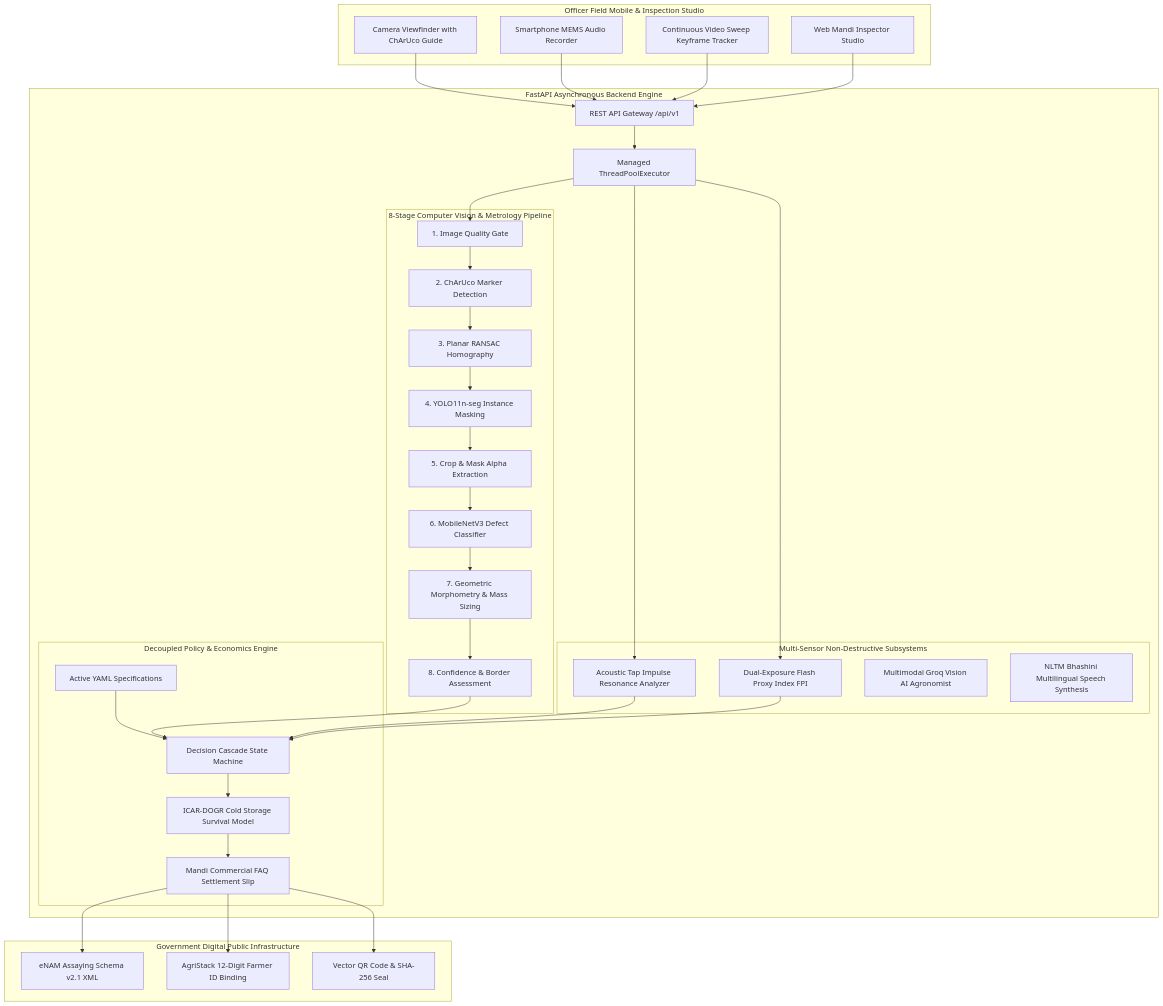
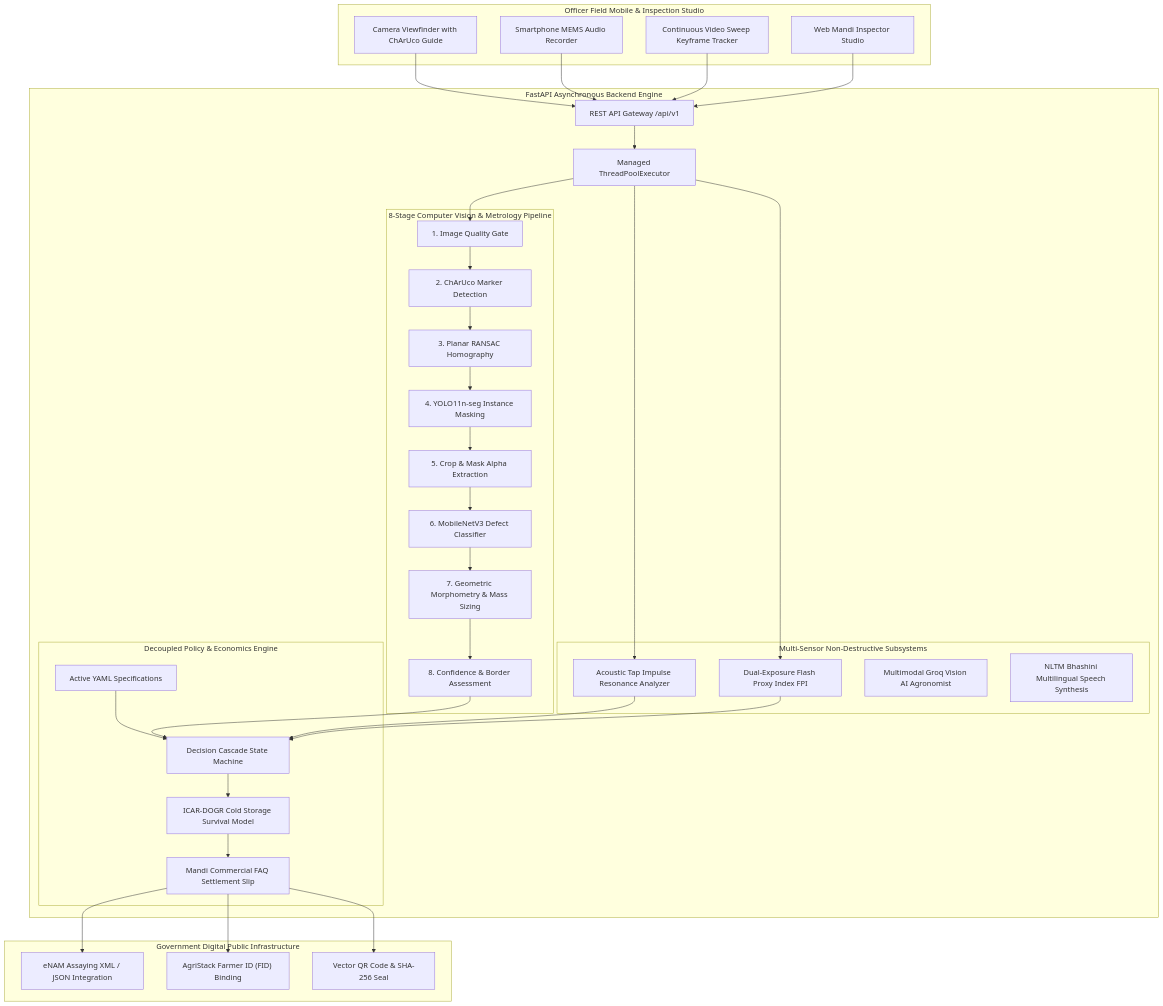
One commit to notUbaid/Cepa changed the first of 3 diagrams in README.md. Above: the diagram before and after it, drawn with Mermaid. The commit also changed other lines of this file and 17 other files, not shown here.

````diff
--- a/README.md
+++ b/README.md
@@ -200,64 +200,64 @@
 ```mermaid
 graph TB
   subgraph FieldTier ["Officer Field Mobile & Inspection Studio"]
     CAM["Camera Viewfinder with ChArUco Guide"]
     MIC["Smartphone MEMS Audio Recorder"]
     VID["Continuous Video Sweep Keyframe Tracker"]
     UI["Web Mandi Inspector Studio"]
   end
 
   subgraph EngineTier ["FastAPI Asynchronous Backend Engine"]
     API["REST API Gateway /api/v1"]
     TPE["Managed ThreadPoolExecutor"]
     
     subgraph CVPipeline ["8-Stage Computer Vision & Metrology Pipeline"]
       QG["1. Image Quality Gate"]
       MD["2. ChArUco Marker Detection"]
       PR["3. Planar RANSAC Homography"]
       IS["4. YOLO11n-seg Instance Masking"]
       CE["5. Crop & Mask Alpha Extraction"]
       DC["6. MobileNetV3 Defect Classifier"]
       ME["7. Geometric Morphometry & Mass Sizing"]
       CT["8. Confidence & Border Assessment"]
       
       QG --> MD --> PR --> IS --> CE --> DC --> ME --> CT
     end
     
     subgraph NDTTier ["Multi-Sensor Non-Destructive Subsystems"]
       AC["Acoustic Tap Impulse Resonance Analyzer"]
       FP["Dual-Exposure Flash Proxy Index FPI"]
       GQ["Multimodal Groq Vision AI Agronomist"]
       BH["NLTM Bhashini Multilingual Speech Synthesis"]
     end
 
     subgraph PolicyTier ["Decoupled Policy & Economics Engine"]
       POL["Active YAML Specifications"]
       ENG["Decision Cascade State Machine"]
       DOGR["ICAR-DOGR Cold Storage Survival Model"]
       COMM["Mandi Commercial FAQ Settlement Slip"]
       
       POL --> ENG --> DOGR --> COMM
     end
   end
 
   subgraph DPITier ["Government Digital Public Infrastructure"]
-    ENAM["eNAM Assaying Schema v2.1 XML"]
-    AGRI["AgriStack 12-Digit Farmer ID Binding"]
+    ENAM["eNAM Assaying XML / JSON Integration"]
+    AGRI["AgriStack Farmer ID (FID) Binding"]
     CERT["Vector QR Code & SHA-256 Seal"]
   end
 
   CAM --> API
   MIC --> API
   VID --> API
   UI --> API
   API --> TPE
   TPE --> QG
   TPE --> AC
   TPE --> FP
   CT --> ENG
   AC --> ENG
   FP --> ENG
   COMM --> ENAM
   COMM --> AGRI
   COMM --> CERT
 ```
````
